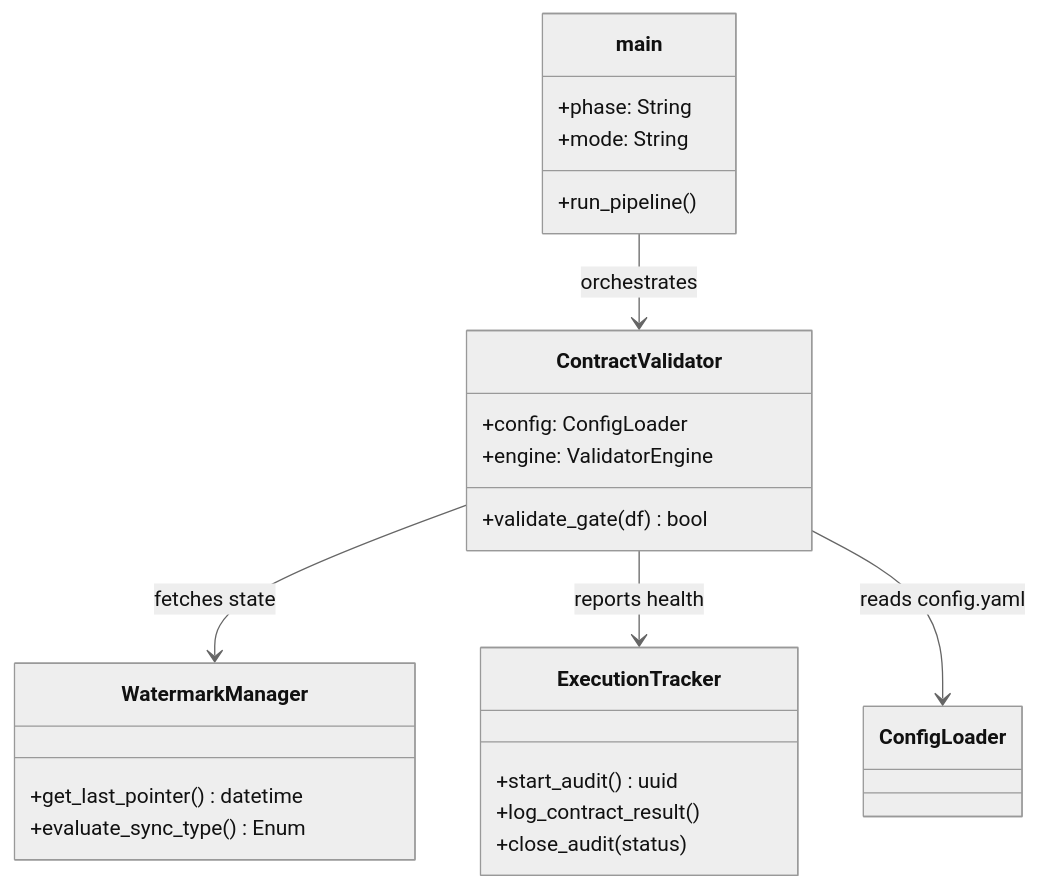
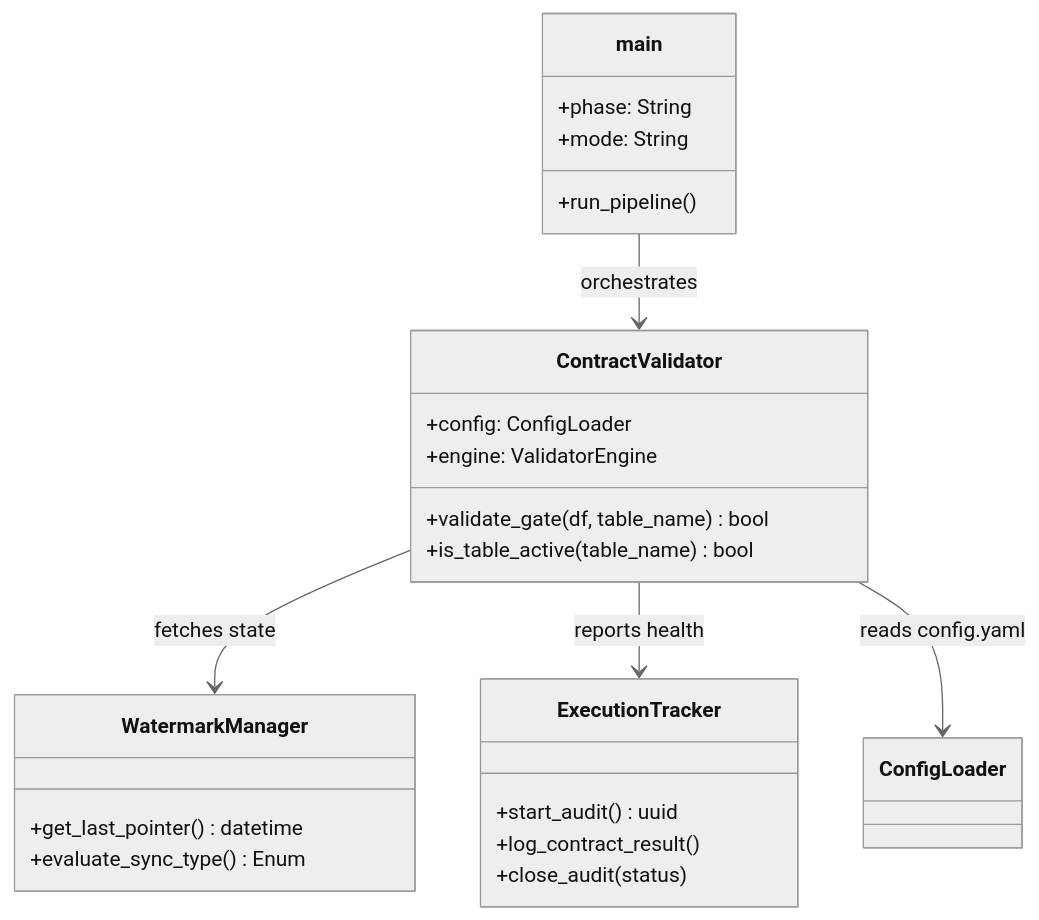
The diagram in docs/specs/f02_01_spec.md (jdrodriguez1000/Bunuelos_MIRedondito), drawn with Mermaid (neutral theme) before and after one commit. The commit also changed other lines of this file and 37 other files, not shown here.

````diff
--- a/docs/specs/f02_01_spec.md
+++ b/docs/specs/f02_01_spec.md
@@ -19,27 +20,28 @@
 ```mermaid
 classDiagram
     class main {
         +phase: String
         +mode: String
         +run_pipeline()
     }
     class ContractValidator {
         +config: ConfigLoader
         +engine: ValidatorEngine
-        +validate_gate(df) bool
+        +validate_gate(df, table_name) bool
+        +is_table_active(table_name) bool
     }
     class WatermarkManager {
         +get_last_pointer() datetime
         +evaluate_sync_type() Enum
     }
     class ExecutionTracker {
         +start_audit() uuid
         +log_contract_result()
         +close_audit(status)
     }
 
     main --> ContractValidator : orchestrates
     ContractValidator --> WatermarkManager : fetches state
     ContractValidator --> ExecutionTracker : reports health
     ContractValidator --> ConfigLoader : reads config.yaml
 ```
````
